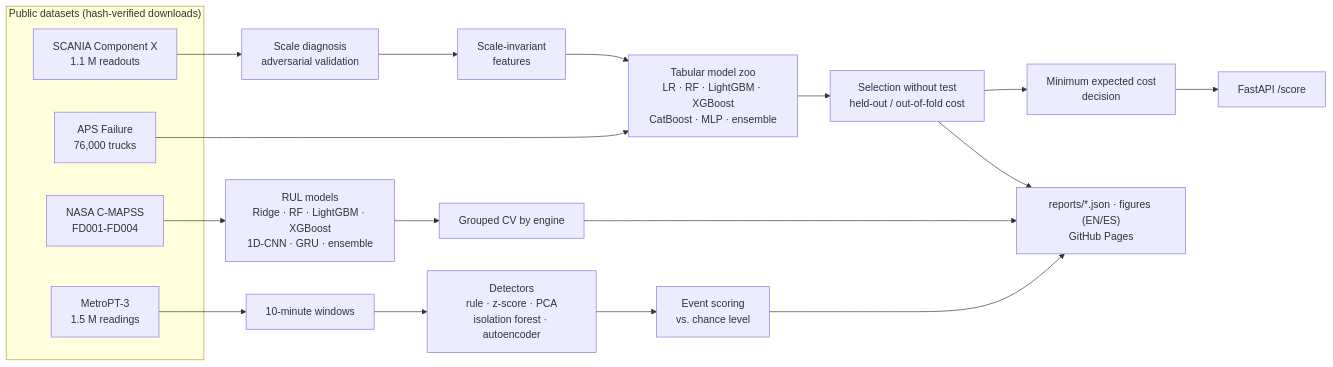
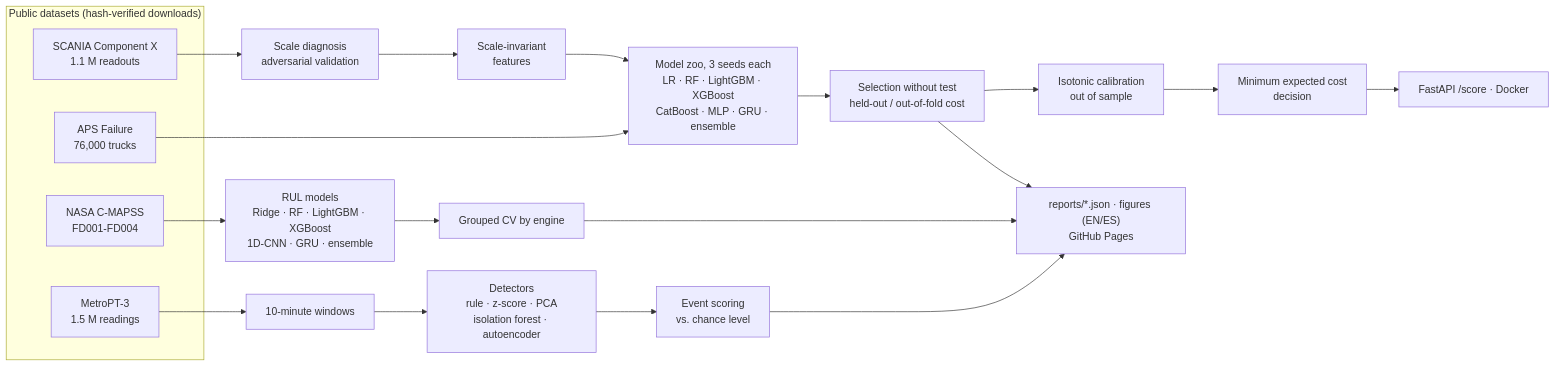
The diagram in README.md (Rxyxs/heavy-truck-predictive-maintenance), drawn with Mermaid before and after one commit. The commit also changed other lines of this file and 68 other files, not shown here.

First line of the commit message:
feat: protocol v2 (seed-averaged families), GRU on readout history, demo and Docker

````diff
--- a/README.md
+++ b/README.md
@@ -35,19 +58,19 @@
 ```mermaid
 flowchart LR
     subgraph Data["Public datasets (hash-verified downloads)"]
         SC["SCANIA Component X<br/>1.1 M readouts"]
         AP["APS Failure<br/>76,000 trucks"]
         CM["NASA C-MAPSS<br/>FD001-FD004"]
         MP["MetroPT-3<br/>1.5 M readings"]
     end
     SC --> ADV["Scale diagnosis<br/>adversarial validation"] --> INV["Scale-invariant<br/>features"]
-    INV --> ZOO["Tabular model zoo<br/>LR · RF · LightGBM · XGBoost<br/>CatBoost · MLP · ensemble"]
+    INV --> ZOO["Model zoo, 3 seeds each<br/>LR · RF · LightGBM · XGBoost<br/>CatBoost · MLP · GRU · ensemble"]
     AP --> ZOO
     CM --> RUL["RUL models<br/>Ridge · RF · LightGBM · XGBoost<br/>1D-CNN · GRU · ensemble"]
     MP --> WIN["10-minute windows"] --> DET["Detectors<br/>rule · z-score · PCA<br/>isolation forest · autoencoder"]
     ZOO --> SEL["Selection without test<br/>held-out / out-of-fold cost"]
     RUL --> CV["Grouped CV by engine"]
     DET --> EVT["Event scoring<br/>vs. chance level"]
-    SEL --> DEC["Minimum expected cost<br/>decision"] --> API["FastAPI /score"]
+    SEL --> CAL["Isotonic calibration<br/>out of sample"] --> DEC["Minimum expected cost<br/>decision"] --> API["FastAPI /score · Docker"]
     SEL & CV & EVT --> REP["reports/*.json · figures (EN/ES)<br/>GitHub Pages"]
 ```
````
